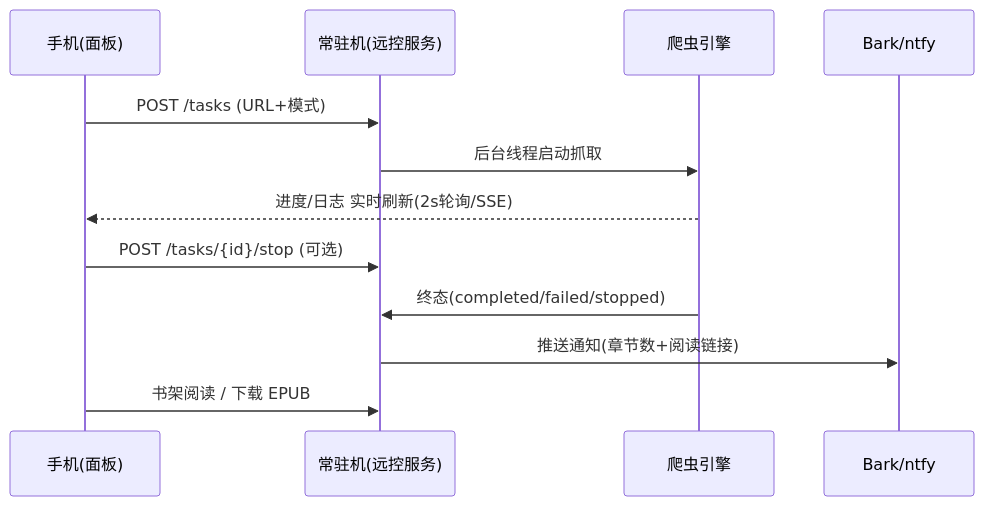
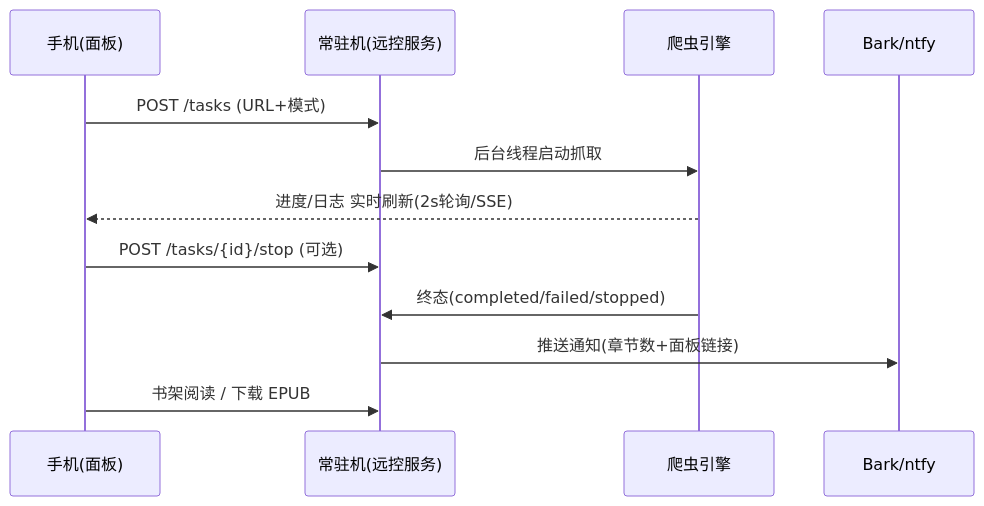
The diagram in 文档/远控使用教程.md (HHH-SABER/book-crawler), drawn with Mermaid before and after one commit. The commit also changed other lines of this file and 11 other files, not shown here.

````diff
--- a/文档/远控使用教程.md
+++ b/文档/远控使用教程.md
@@ -211,14 +211,14 @@
 ```mermaid
 sequenceDiagram
     participant U as 手机(面板)
     participant S as 常驻机(远控服务)
     participant N as 爬虫引擎
     participant P as Bark/ntfy
     U->>S: POST /tasks (URL+模式)
     S->>N: 后台线程启动抓取
     N-->>U: 进度/日志 实时刷新(2s轮询/SSE)
     U->>S: POST /tasks/{id}/stop (可选)
     N->>S: 终态(completed/failed/stopped)
-    S->>P: 推送通知(章节数+阅读链接)
+    S->>P: 推送通知(章节数+面板链接)
     U->>S: 书架阅读 / 下载 EPUB
 ```
````
